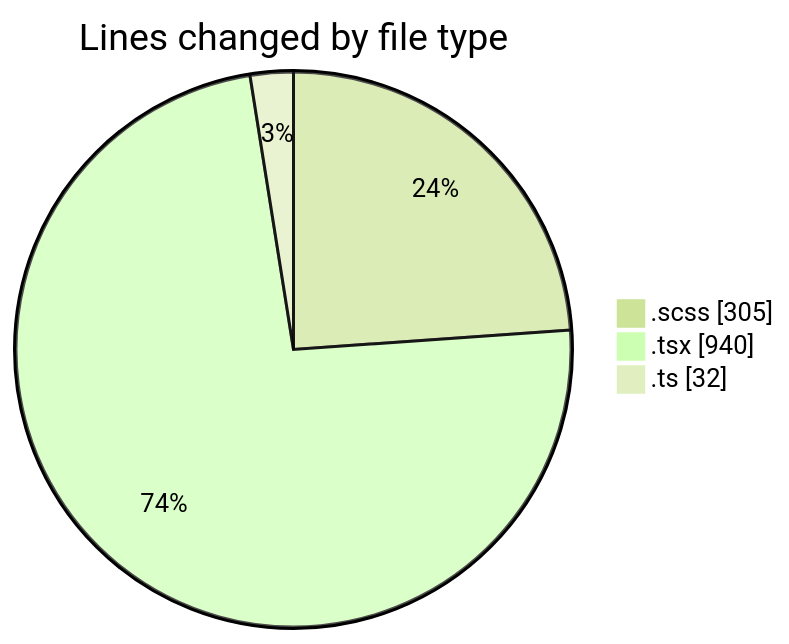
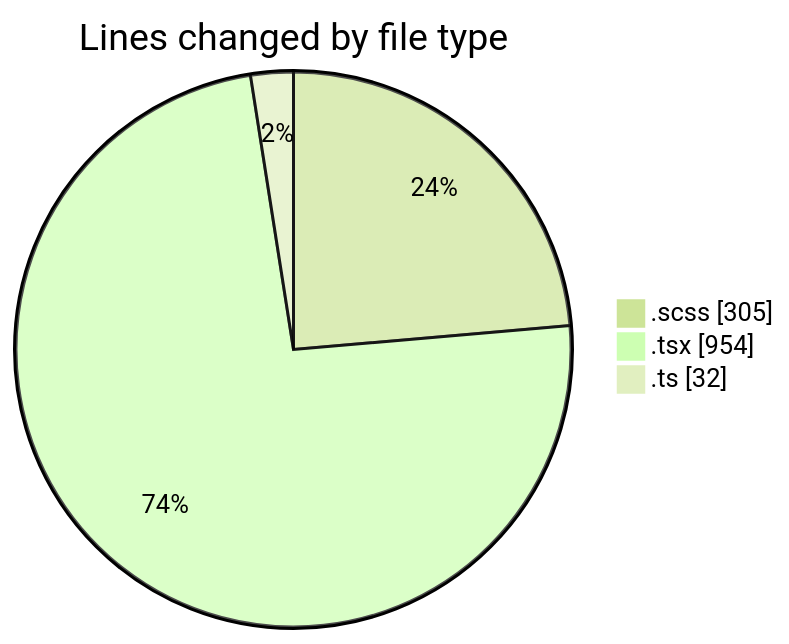
One commit to momahboobian/code-tracking changed the first of 2 diagrams in 2025-03-04/cda/README.md. Above: the diagram before and after it, drawn with Mermaid (forest theme). The commit also changed other lines of this file and 1 other file, not shown here.

````diff
--- a/2025-03-04/cda/README.md
+++ b/2025-03-04/cda/README.md
@@ -25,7 +25,7 @@
 ```mermaid
 pie showData
 title Lines changed by file type
 ".scss" : 305
-".tsx" : 940
+".tsx" : 954
 ".ts" : 32
 ```
````
